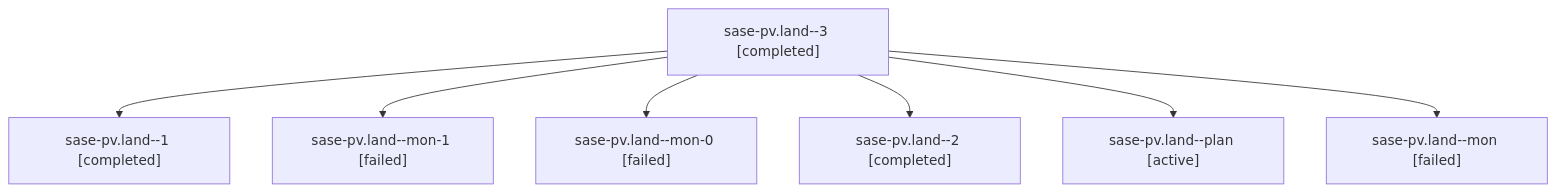
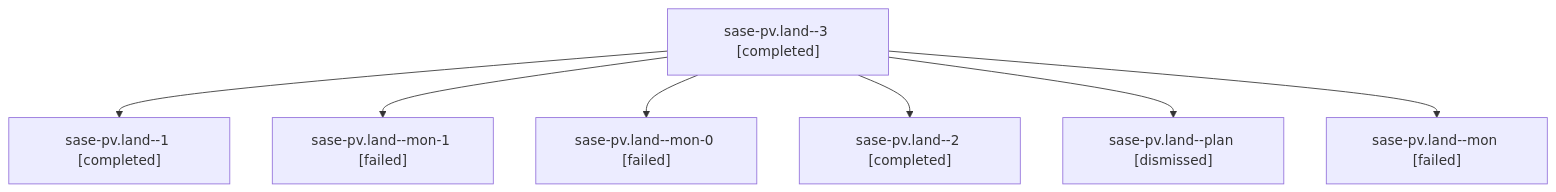
The diagram in sessions/bbugyi200.athena.sase-pv.land.md (sase-org/sase--agents), drawn with Mermaid before and after one commit. The commit also changed other lines of this file and 133 other files, not shown here.

````diff
--- a/sessions/bbugyi200.athena.sase-pv.land.md
+++ b/sessions/bbugyi200.athena.sase-pv.land.md
@@ -9,16 +9,16 @@
 ```mermaid
 flowchart TD
   n0["sase-pv.land--3 [completed]"]
   n1["sase-pv.land--1 [completed]"]
   n0 --> n1
   n2["sase-pv.land--mon-1 [failed]"]
   n0 --> n2
   n3["sase-pv.land--mon-0 [failed]"]
   n0 --> n3
   n4["sase-pv.land--2 [completed]"]
   n0 --> n4
-  n5["sase-pv.land--plan [active]"]
+  n5["sase-pv.land--plan [dismissed]"]
   n0 --> n5
   n6["sase-pv.land--mon [failed]"]
   n0 --> n6
 ```
````
